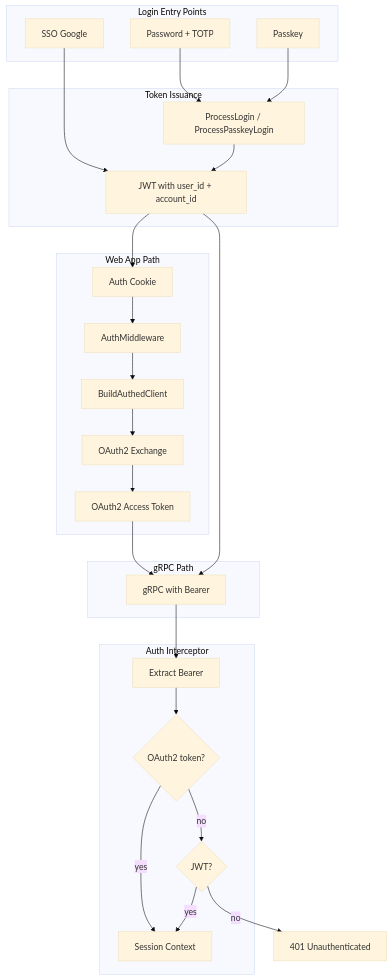
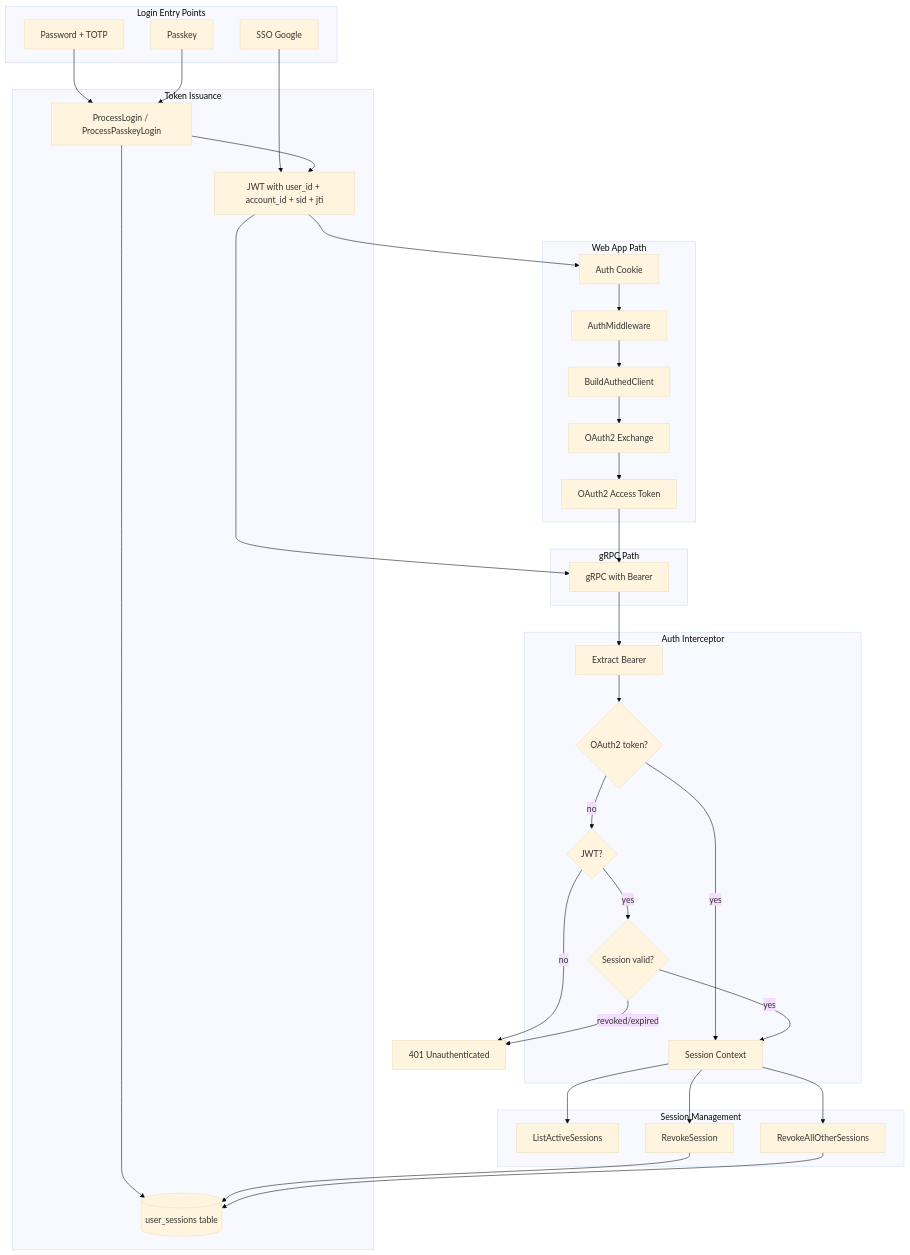
One commit to dinnerdonebetter/dinnerdonebetter changed the diagram in docs/auth-flow.md. Above: the diagram before and after it, drawn with Mermaid (base theme). The commit also changed other lines of this file and 1149 other files, not shown here.

````diff
--- a/docs/auth-flow.md
+++ b/docs/auth-flow.md
@@ -172,52 +210,69 @@
 ```mermaid
 flowchart TB
     subgraph "Login Entry Points"
         PW[Password + TOTP]
         PK[Passkey]
         SSO[SSO Google]
     end
 
     subgraph "Token Issuance"
         PM[ProcessLogin / ProcessPasskeyLogin]
-        JWT[JWT with user_id + account_id]
+        SESS[(user_sessions table)]
+        JWT[JWT with user_id + account_id + sid + jti]
     end
 
     PW --> PM
     PK --> PM
     SSO --> JWT
 
+    PM --> SESS
     PM --> JWT
 
     subgraph "Web App Path"
         Cookie[Auth Cookie]
         MW[AuthMiddleware]
         BC[BuildAuthedClient]
         OAuth2[OAuth2 Exchange]
         OAT[OAuth2 Access Token]
     end
 
     JWT --> Cookie
     Cookie --> MW
     MW --> BC
     BC --> OAuth2
     OAuth2 --> OAT
 
     subgraph "gRPC Path"
         OAT --> gRPC[gRPC with Bearer]
         JWT --> gRPC
     end
 
     subgraph "Auth Interceptor"
         AI[Extract Bearer]
         O2Check{OAuth2 token?}
         JWTCheck{JWT?}
+        SessCheck{Session valid?}
         SC[Session Context]
     end
 
     gRPC --> AI
     AI --> O2Check
     O2Check -->|yes| SC
     O2Check -->|no| JWTCheck
-    JWTCheck -->|yes| SC
+    JWTCheck -->|yes| SessCheck
     JWTCheck -->|no| Err[401 Unauthenticated]
+    SessCheck -->|yes| SC
+    SessCheck -->|revoked/expired| Err
+
+    subgraph "Session Management"
+        LS[ListActiveSessions]
+        RS[RevokeSession]
+        RA[RevokeAllOtherSessions]
+    end
+
+    SC --> LS
+    SC --> RS
+    SC --> RA
+    RS --> SESS
+    RA --> SESS
 ```
````
